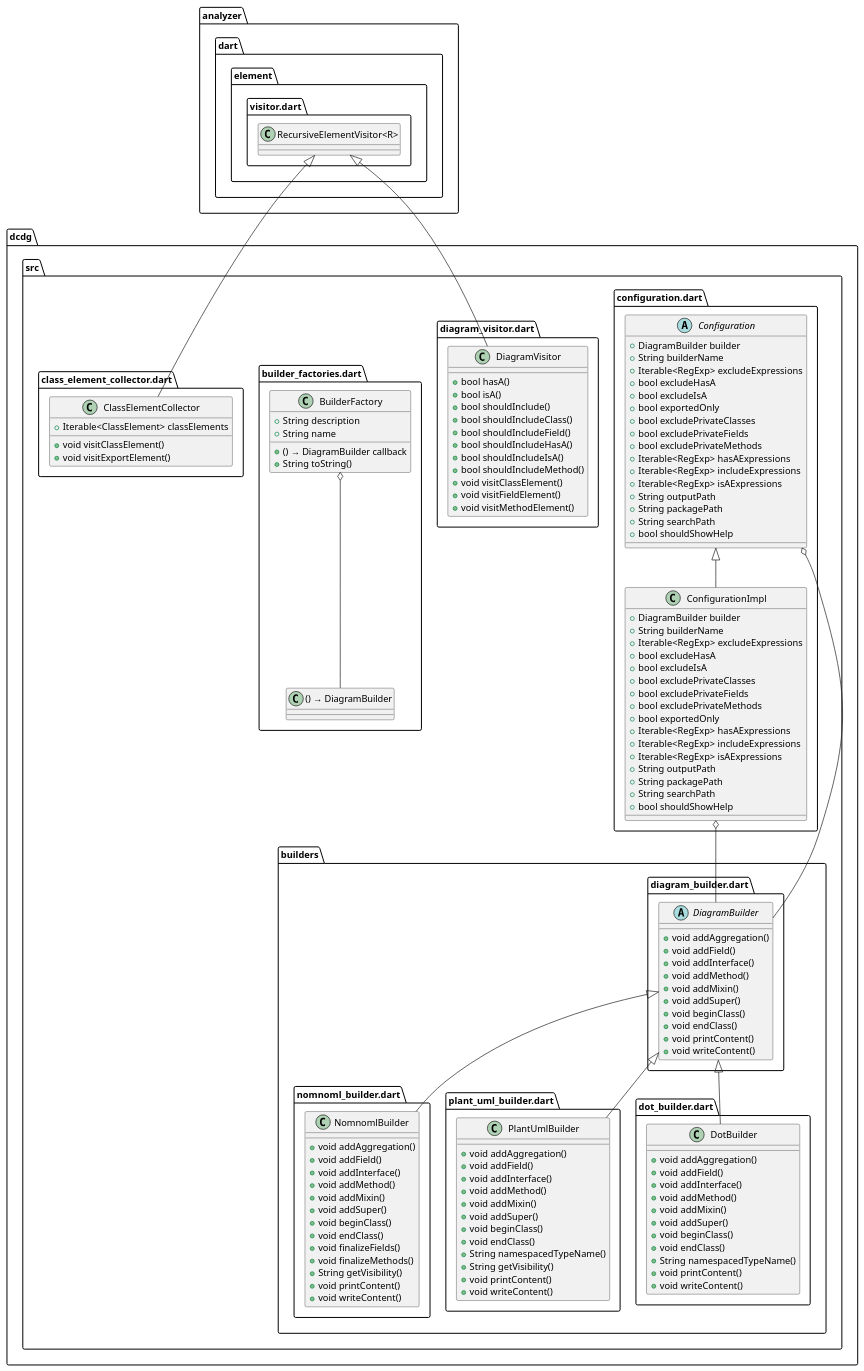
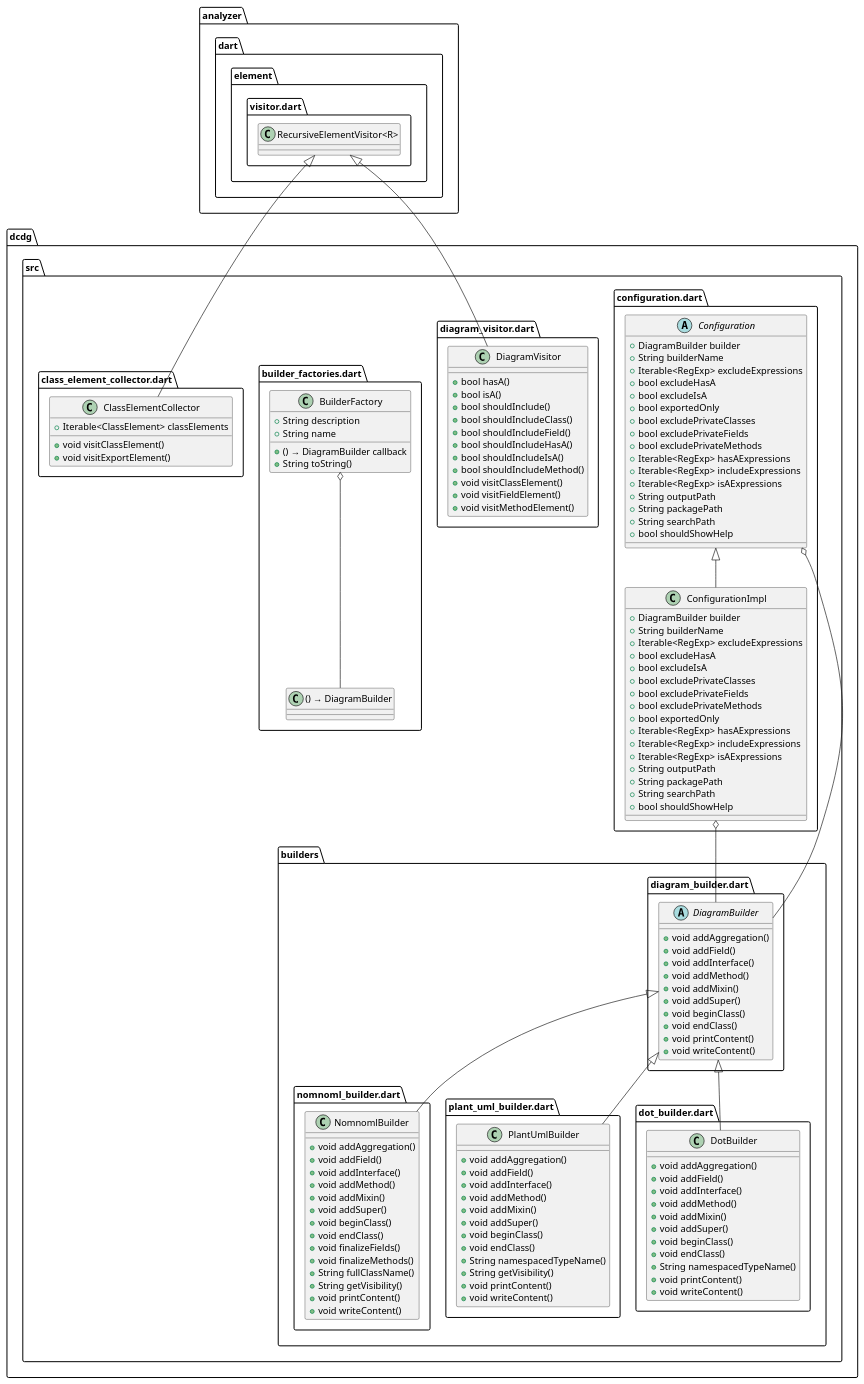
One commit to glesica/dcdg.dart changed the diagram in example/dcdg.puml. Above: the diagram before and after it, drawn with PlantUML. The commit also changed 4 other files, not shown here.

```diff
--- a/example/dcdg.puml
+++ b/example/dcdg.puml
@@ -1,145 +1,146 @@
 @startuml
 set namespaceSeparator ::
 
 abstract class "dcdg::src::configuration.dart::Configuration" {
   +DiagramBuilder builder
   +String builderName
   +Iterable<RegExp> excludeExpressions
   +bool excludeHasA
   +bool excludeIsA
   +bool exportedOnly
   +bool excludePrivateClasses
   +bool excludePrivateFields
   +bool excludePrivateMethods
   +Iterable<RegExp> hasAExpressions
   +Iterable<RegExp> includeExpressions
   +Iterable<RegExp> isAExpressions
   +String outputPath
   +String packagePath
   +String searchPath
   +bool shouldShowHelp
 }
 
 "dcdg::src::configuration.dart::Configuration" o-- "dcdg::src::builders::diagram_builder.dart::DiagramBuilder"
 
 class "dcdg::src::configuration.dart::ConfigurationImpl" {
   +DiagramBuilder builder
   +String builderName
   +Iterable<RegExp> excludeExpressions
   +bool excludeHasA
   +bool excludeIsA
   +bool excludePrivateClasses
   +bool excludePrivateFields
   +bool excludePrivateMethods
   +bool exportedOnly
   +Iterable<RegExp> hasAExpressions
   +Iterable<RegExp> includeExpressions
   +Iterable<RegExp> isAExpressions
   +String outputPath
   +String packagePath
   +String searchPath
   +bool shouldShowHelp
 }
 
 "dcdg::src::configuration.dart::ConfigurationImpl" o-- "dcdg::src::builders::diagram_builder.dart::DiagramBuilder"
 "dcdg::src::configuration.dart::Configuration" <|-- "dcdg::src::configuration.dart::ConfigurationImpl"
 
 class "dcdg::src::diagram_visitor.dart::DiagramVisitor" {
   +bool hasA()
   +bool isA()
   +bool shouldInclude()
   +bool shouldIncludeClass()
   +bool shouldIncludeField()
   +bool shouldIncludeHasA()
   +bool shouldIncludeIsA()
   +bool shouldIncludeMethod()
   +void visitClassElement()
   +void visitFieldElement()
   +void visitMethodElement()
 }
 
 "analyzer::dart::element::visitor.dart::RecursiveElementVisitor<R>" <|-- "dcdg::src::diagram_visitor.dart::DiagramVisitor"
 
 class "dcdg::src::builders::nomnoml_builder.dart::NomnomlBuilder" {
   +void addAggregation()
   +void addField()
   +void addInterface()
   +void addMethod()
   +void addMixin()
   +void addSuper()
   +void beginClass()
   +void endClass()
   +void finalizeFields()
   +void finalizeMethods()
+  +String fullClassName()
   +String getVisibility()
   +void printContent()
   +void writeContent()
 }
 
 "dcdg::src::builders::diagram_builder.dart::DiagramBuilder" <|-- "dcdg::src::builders::nomnoml_builder.dart::NomnomlBuilder"
 
 class "dcdg::src::builders::plant_uml_builder.dart::PlantUmlBuilder" {
   +void addAggregation()
   +void addField()
   +void addInterface()
   +void addMethod()
   +void addMixin()
   +void addSuper()
   +void beginClass()
   +void endClass()
   +String namespacedTypeName()
   +String getVisibility()
   +void printContent()
   +void writeContent()
 }
 
 "dcdg::src::builders::diagram_builder.dart::DiagramBuilder" <|-- "dcdg::src::builders::plant_uml_builder.dart::PlantUmlBuilder"
 
 class "dcdg::src::builders::dot_builder.dart::DotBuilder" {
   +void addAggregation()
   +void addField()
   +void addInterface()
   +void addMethod()
   +void addMixin()
   +void addSuper()
   +void beginClass()
   +void endClass()
   +String namespacedTypeName()
   +void printContent()
   +void writeContent()
 }
 
 "dcdg::src::builders::diagram_builder.dart::DiagramBuilder" <|-- "dcdg::src::builders::dot_builder.dart::DotBuilder"
 
 abstract class "dcdg::src::builders::diagram_builder.dart::DiagramBuilder" {
   +void addAggregation()
   +void addField()
   +void addInterface()
   +void addMethod()
   +void addMixin()
   +void addSuper()
   +void beginClass()
   +void endClass()
   +void printContent()
   +void writeContent()
 }
 
 class "dcdg::src::builder_factories.dart::BuilderFactory" {
   +() → DiagramBuilder callback
   +String description
   +String name
   +String toString()
 }
 
 "dcdg::src::builder_factories.dart::BuilderFactory" o-- "dcdg::src::builder_factories.dart::() → DiagramBuilder"
 
 class "dcdg::src::class_element_collector.dart::ClassElementCollector" {
   +Iterable<ClassElement> classElements
   +void visitClassElement()
   +void visitExportElement()
 }
 
 "analyzer::dart::element::visitor.dart::RecursiveElementVisitor<R>" <|-- "dcdg::src::class_element_collector.dart::ClassElementCollector"
 
 
 @enduml
```
